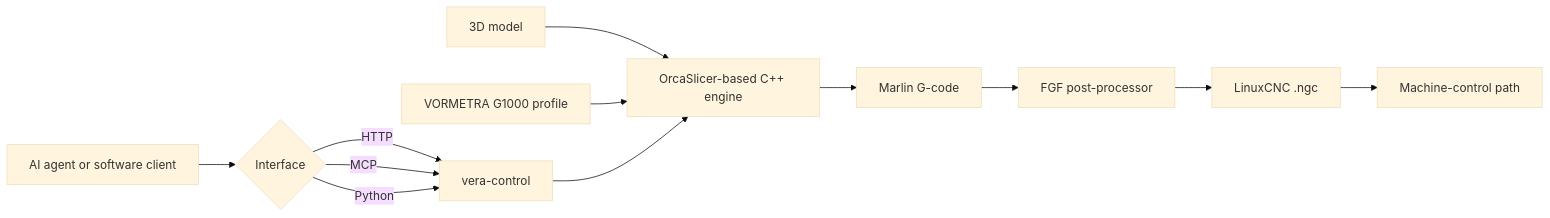
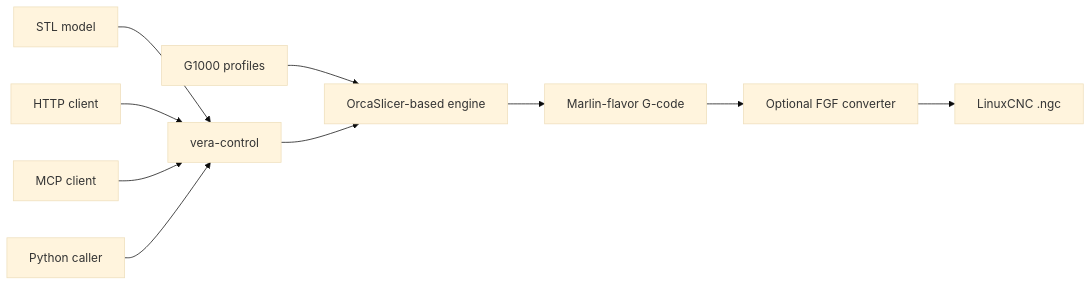
The diagram in README.md (mehmeterendereli/vormetra-slice), drawn with Mermaid (base theme) before and after one commit. The commit also changed other lines of this file and 24 other files, not shown here.

````diff
--- a/README.md
+++ b/README.md
@@ -33,15 +37,12 @@
 ```mermaid
 flowchart LR
-    MODEL[3D model] --> ENGINE[OrcaSlicer-based C++ engine]
-    PROFILE[VORMETRA G1000 profile] --> ENGINE
-    ENGINE --> GCODE[Marlin G-code]
-    GCODE --> POST[FGF post-processor]
+    MODEL[STL model] --> CONTROL[vera-control]
+    PROFILE[G1000 profiles] --> ENGINE[OrcaSlicer-based engine]
+    CONTROL --> ENGINE
+    ENGINE --> GCODE[Marlin-flavor G-code]
+    GCODE --> POST[Optional FGF converter]
     POST --> NGC[LinuxCNC .ngc]
-    NGC --> MACHINE[Machine-control path]
-
-    CLIENT[AI agent or software client] --> INTERFACE{Interface}
-    INTERFACE -->|HTTP| CONTROL[vera-control]
-    INTERFACE -->|MCP| CONTROL
-    INTERFACE -->|Python| CONTROL
-    CONTROL --> ENGINE
+    HTTP[HTTP client] --> CONTROL
+    MCP[MCP client] --> CONTROL
+    PYTHON[Python caller] --> CONTROL
 ```
````
